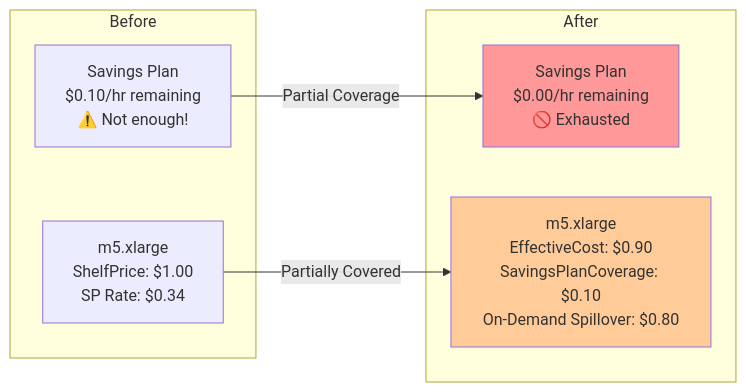
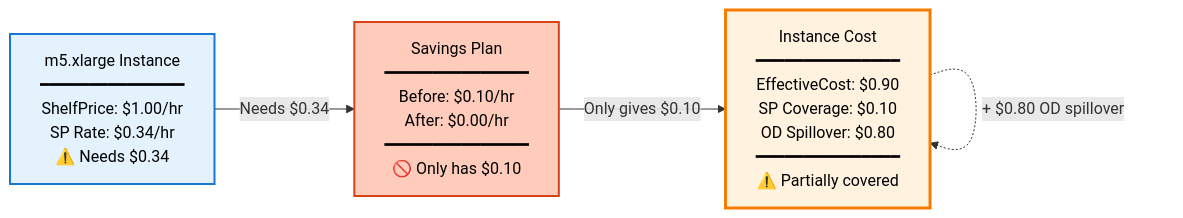
The fifth of 8 diagrams in ALGORITHM.md (Nextdoor/lumina), drawn with Mermaid before and after one commit. The commit also changed other lines of this file, not shown here.

First line of the commit message:
docs(algorithm): improve full/partial coverage diagram clarity

````diff
--- a/ALGORITHM.md
+++ b/ALGORITHM.md
@@ -312,18 +300,16 @@
 ```mermaid
-graph LR
-    subgraph "Before"
-        SP1[Savings Plan<br/>$0.10/hr remaining<br/>⚠️ Not enough!]
-        Inst1[m5.xlarge<br/>ShelfPrice: $1.00<br/>SP Rate: $0.34]
-    end
+flowchart LR
+    I2["m5.xlarge Instance<br/>━━━━━━━━━━━━━━━<br/>ShelfPrice: $1.00/hr<br/>SP Rate: $0.34/hr<br/>⚠️ Needs $0.34"]
 
-    subgraph "After"
-        SP2[Savings Plan<br/>$0.00/hr remaining<br/>🚫 Exhausted]
-        Inst2[m5.xlarge<br/>EffectiveCost: $0.90<br/>SavingsPlanCoverage: $0.10<br/>On-Demand Spillover: $0.80]
-    end
+    SP2["Savings Plan<br/>━━━━━━━━━━━━━━━<br/>Before: $0.10/hr<br/>After: $0.00/hr<br/>━━━━━━━━━━━━━━━<br/>🚫 Only has $0.10"]
 
-    SP1 -->|Partial Coverage| SP2
-    Inst1 -->|Partially Covered| Inst2
+    Result2["Instance Cost<br/>━━━━━━━━━━━━━━━<br/>EffectiveCost: $0.90<br/>SP Coverage: $0.10<br/>OD Spillover: $0.80<br/>━━━━━━━━━━━━━━━<br/>⚠️ Partially covered"]
 
-    style SP2 fill:#ff9999
-    style Inst2 fill:#ffcc99
+    I2 -->|"Needs $0.34"| SP2
+    SP2 -->|"Only gives $0.10"| Result2
+    Result2 -.->|"+ $0.80 OD spillover"| Result2
+
+    style I2 fill:#e3f2fd,stroke:#1976d2,stroke-width:2px,color:#000
+    style SP2 fill:#ffccbc,stroke:#d84315,stroke-width:2px,color:#000
+    style Result2 fill:#fff3e0,stroke:#f57c00,stroke-width:3px,color:#000
 ```
````
